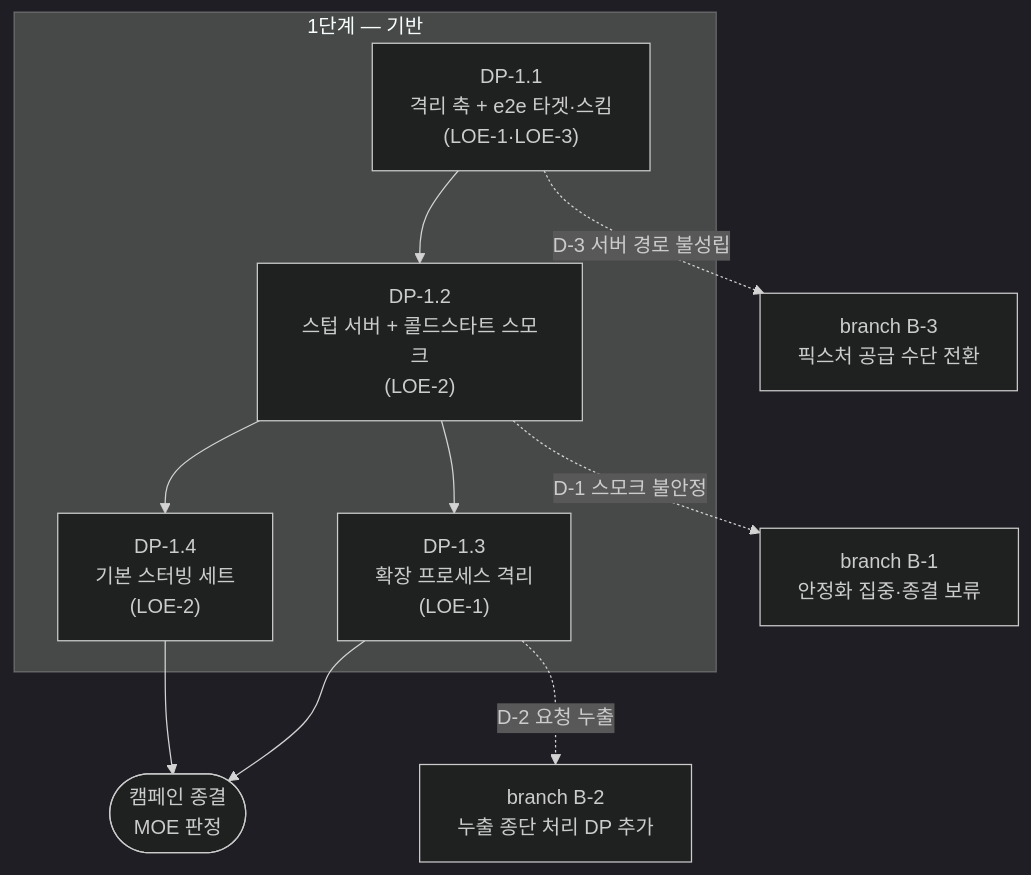
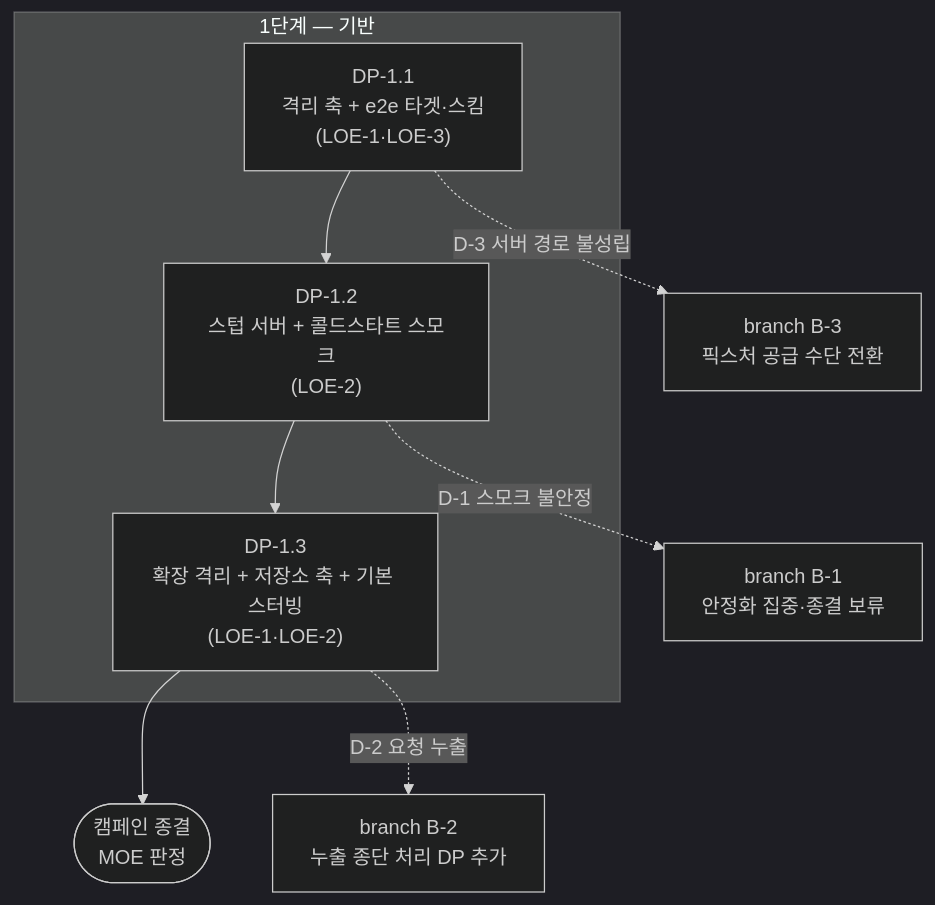
One commit to sudopark/TodoCalendar changed the diagram in docs/operations/826/campaign.md. Above: the diagram before and after it, drawn with Mermaid (dark theme). The commit also changed other lines of this file, not shown here.

First line of the commit message:
[#826] DP-1.4 를 DP-1.3 에 흡수하고 격리 범위를 저장소 축 전수로 넓힌다

````diff
--- a/docs/operations/826/campaign.md
+++ b/docs/operations/826/campaign.md
@@ -117,16 +116,13 @@
 ```mermaid
 flowchart TD
     subgraph P1["1단계 — 기반"]
         DP11["DP-1.1<br/>격리 축 + e2e 타겟·스킴<br/>(LOE-1·LOE-3)"]
         DP12["DP-1.2<br/>스텁 서버 + 콜드스타트 스모크<br/>(LOE-2)"]
-        DP13["DP-1.3<br/>확장 프로세스 격리<br/>(LOE-1)"]
-        DP14["DP-1.4<br/>기본 스터빙 세트<br/>(LOE-2)"]
+        DP13["DP-1.3<br/>확장 격리 + 저장소 축 + 기본 스터빙<br/>(LOE-1·LOE-2)"]
         DP11 --> DP12 --> DP13
-        DP12 --> DP14
     end
     DP13 --> END(["캠페인 종결<br/>MOE 판정"])
-    DP14 --> END
     DP12 -. "D-1 스모크 불안정" .-> B1["branch B-1<br/>안정화 집중·종결 보류"]
     DP13 -. "D-2 요청 누출" .-> B2["branch B-2<br/>누출 종단 처리 DP 추가"]
     DP11 -. "D-3 서버 경로 불성립" .-> B3["branch B-3<br/>픽스처 공급 수단 전환"]
 ```
````
